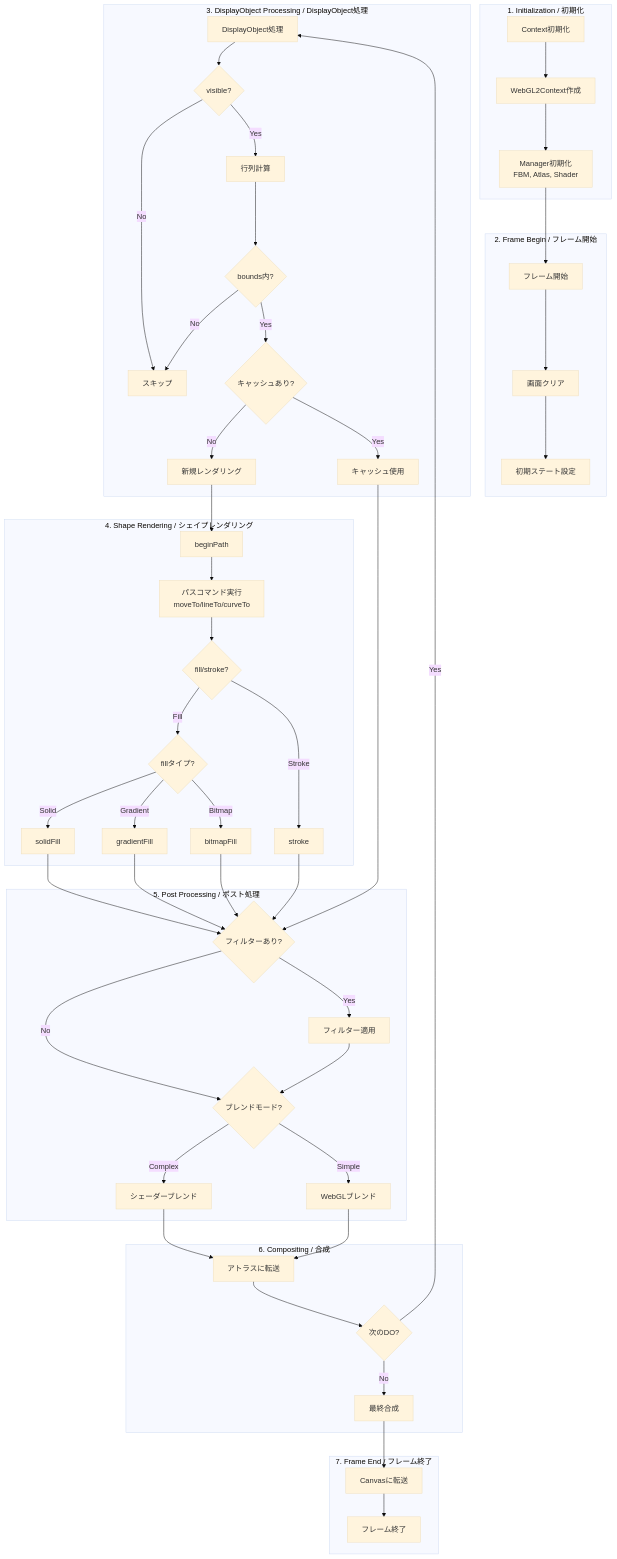
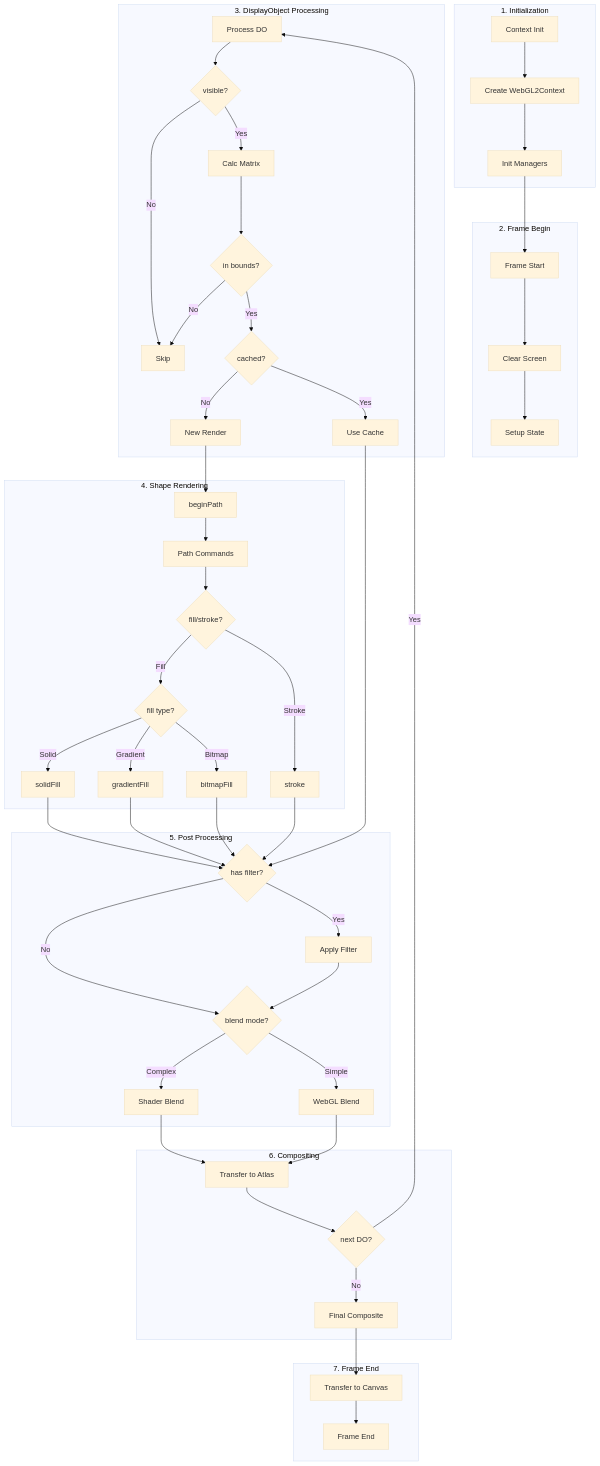
One commit to Next2D/player changed the second of 37 diagrams in packages/webgl/RENDERING_FLOW.md. Above: the diagram before and after it, drawn with Mermaid (base theme). The commit also changed other lines of this file, not shown here.

Commit message:
#242 update @next2d/webgl ドキュメント

````diff
--- a/packages/webgl/RENDERING_FLOW.md
+++ b/packages/webgl/RENDERING_FLOW.md
@@ -102,69 +102,69 @@
 ```mermaid
 flowchart TB
-    subgraph "1. Initialization / 初期化"
-        INIT[Context初期化]
-        INIT --> CREATE_CTX[WebGL2Context作成]
-        CREATE_CTX --> INIT_MANAGERS[Manager初期化<br/>FBM, Atlas, Shader]
+    subgraph "1. Initialization"
+        INIT[Context Init]
+        INIT --> CREATE_CTX[Create WebGL2Context]
+        CREATE_CTX --> INIT_MANAGERS[Init Managers]
     end
 
-    subgraph "2. Frame Begin / フレーム開始"
-        FRAME_START[フレーム開始]
-        FRAME_START --> CLEAR[画面クリア]
-        CLEAR --> SETUP_STATE[初期ステート設定]
+    subgraph "2. Frame Begin"
+        FRAME_START[Frame Start]
+        FRAME_START --> CLEAR[Clear Screen]
+        CLEAR --> SETUP_STATE[Setup State]
     end
 
-    subgraph "3. DisplayObject Processing / DisplayObject処理"
-        PROCESS_DO[DisplayObject処理]
+    subgraph "3. DisplayObject Processing"
+        PROCESS_DO[Process DO]
         PROCESS_DO --> CHECK_VISIBLE{visible?}
-        CHECK_VISIBLE -->|No| SKIP[スキップ]
-        CHECK_VISIBLE -->|Yes| CALC_MATRIX[行列計算]
-        CALC_MATRIX --> CHECK_BOUNDS{bounds内?}
+        CHECK_VISIBLE -->|No| SKIP[Skip]
+        CHECK_VISIBLE -->|Yes| CALC_MATRIX[Calc Matrix]
+        CALC_MATRIX --> CHECK_BOUNDS{in bounds?}
         CHECK_BOUNDS -->|No| SKIP
-        CHECK_BOUNDS -->|Yes| CHECK_CACHE{キャッシュあり?}
-        CHECK_CACHE -->|Yes| USE_CACHE[キャッシュ使用]
-        CHECK_CACHE -->|No| RENDER_NEW[新規レンダリング]
+        CHECK_BOUNDS -->|Yes| CHECK_CACHE{cached?}
+        CHECK_CACHE -->|Yes| USE_CACHE[Use Cache]
+        CHECK_CACHE -->|No| RENDER_NEW[New Render]
     end
 
-    subgraph "4. Shape Rendering / シェイプレンダリング"
+    subgraph "4. Shape Rendering"
         RENDER_NEW --> BEGIN_PATH[beginPath]
-        BEGIN_PATH --> PATH_CMDS[パスコマンド実行<br/>moveTo/lineTo/curveTo]
+        BEGIN_PATH --> PATH_CMDS[Path Commands]
         PATH_CMDS --> FILL_OR_STROKE{fill/stroke?}
 
-        FILL_OR_STROKE -->|Fill| FILL_TYPE{fillタイプ?}
+        FILL_OR_STROKE -->|Fill| FILL_TYPE{fill type?}
         FILL_TYPE -->|Solid| SOLID_FILL[solidFill]
         FILL_TYPE -->|Gradient| GRADIENT_FILL[gradientFill]
         FILL_TYPE -->|Bitmap| BITMAP_FILL[bitmapFill]
 
         FILL_OR_STROKE -->|Stroke| STROKE[stroke]
     end
 
-    subgraph "5. Post Processing / ポスト処理"
-        SOLID_FILL --> CHECK_FILTER{フィルターあり?}
+    subgraph "5. Post Processing"
+        SOLID_FILL --> CHECK_FILTER{has filter?}
         GRADIENT_FILL --> CHECK_FILTER
         BITMAP_FILL --> CHECK_FILTER
         STROKE --> CHECK_FILTER
         USE_CACHE --> CHECK_FILTER
 
-        CHECK_FILTER -->|Yes| APPLY_FILTER[フィルター適用]
-        CHECK_FILTER -->|No| CHECK_BLEND{ブレンドモード?}
+        CHECK_FILTER -->|Yes| APPLY_FILTER[Apply Filter]
+        CHECK_FILTER -->|No| CHECK_BLEND{blend mode?}
         APPLY_FILTER --> CHECK_BLEND
 
-        CHECK_BLEND -->|Complex| BLEND_COMPOSITE[シェーダーブレンド]
-        CHECK_BLEND -->|Simple| BLEND_SIMPLE[WebGLブレンド]
+        CHECK_BLEND -->|Complex| BLEND_COMPOSITE[Shader Blend]
+        CHECK_BLEND -->|Simple| BLEND_SIMPLE[WebGL Blend]
     end
 
-    subgraph "6. Compositing / 合成"
-        BLEND_COMPOSITE --> COMPOSITE[アトラスに転送]
+    subgraph "6. Compositing"
+        BLEND_COMPOSITE --> COMPOSITE[Transfer to Atlas]
         BLEND_SIMPLE --> COMPOSITE
-        COMPOSITE --> NEXT_DO{次のDO?}
+        COMPOSITE --> NEXT_DO{next DO?}
         NEXT_DO -->|Yes| PROCESS_DO
-        NEXT_DO -->|No| FINAL_COMPOSITE[最終合成]
+        NEXT_DO -->|No| FINAL_COMPOSITE[Final Composite]
     end
 
-    subgraph "7. Frame End / フレーム終了"
-        FINAL_COMPOSITE --> TRANSFER_CANVAS[Canvasに転送]
-        TRANSFER_CANVAS --> FRAME_END[フレーム終了]
+    subgraph "7. Frame End"
+        FINAL_COMPOSITE --> TRANSFER_CANVAS[Transfer to Canvas]
+        TRANSFER_CANVAS --> FRAME_END[Frame End]
     end
 
     INIT_MANAGERS --> FRAME_START
 ```
````
